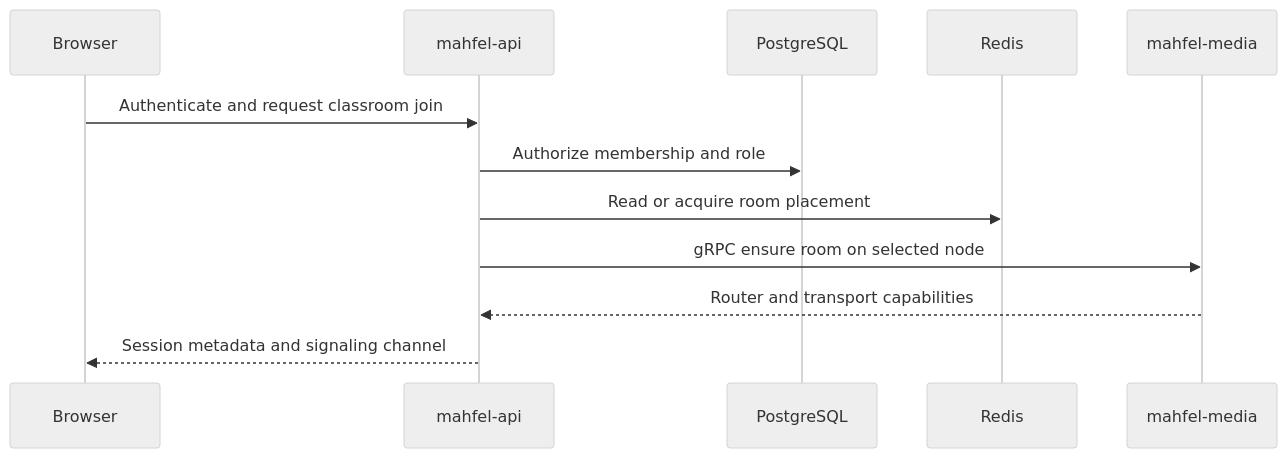
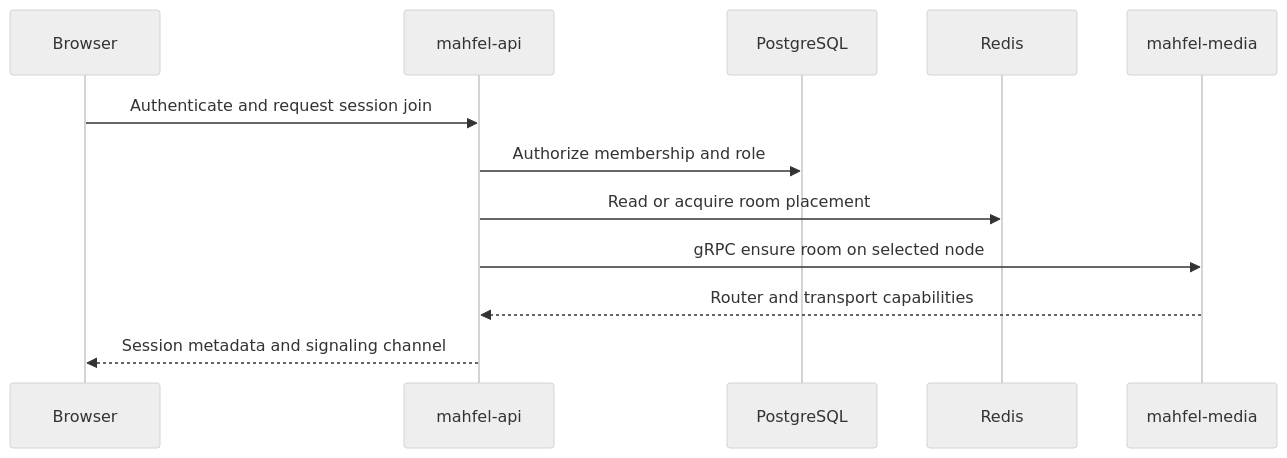
Before and after one commit to mhyrzt/mahfel: the second of 6 diagrams in docs/architecture/data-flow.md, drawn with Mermaid (neutral theme). The commit also changed other lines of this file and 32 other files, not shown here.

````diff
--- a/docs/architecture/data-flow.md
+++ b/docs/architecture/data-flow.md
@@ -31,14 +31,14 @@
 ```mermaid
 sequenceDiagram
   participant B as Browser
   participant A as mahfel-api
   participant P as PostgreSQL
   participant R as Redis
   participant M as mahfel-media
-  B->>A: Authenticate and request classroom join
+  B->>A: Authenticate and request session join
   A->>P: Authorize membership and role
   A->>R: Read or acquire room placement
   A->>M: gRPC ensure room on selected node
   M-->>A: Router and transport capabilities
   A-->>B: Session metadata and signaling channel
 ```
````
